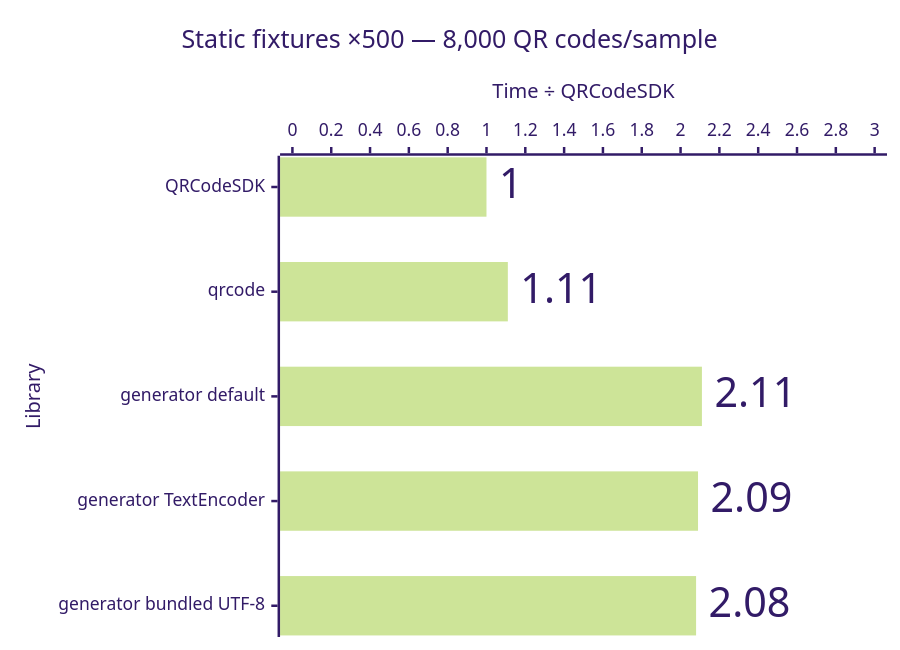
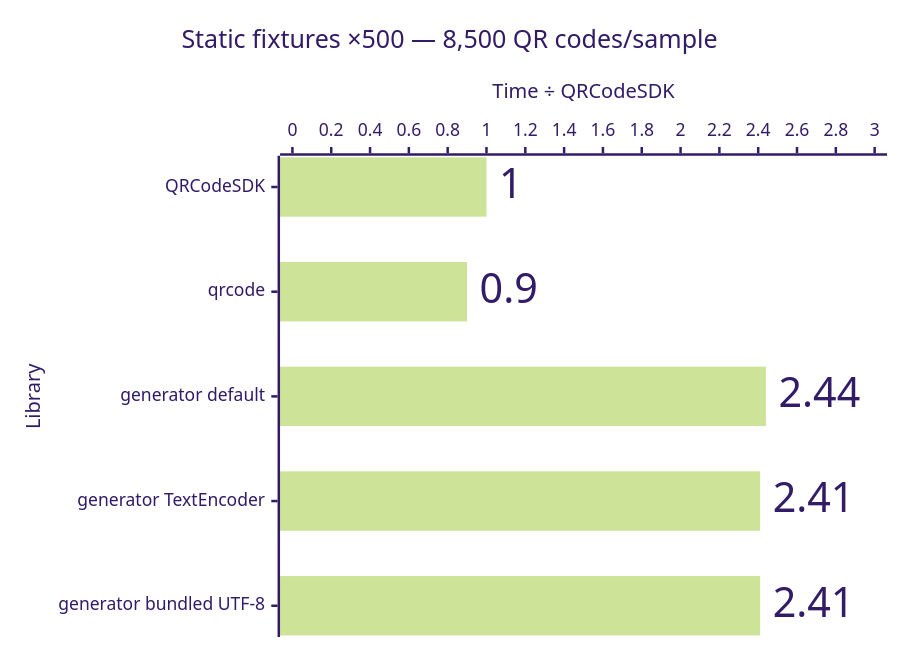
One commit to Dafnik/qrcodesdk changed the tenth of 11 diagrams in apps/docs/src/content/docs/learn/performance.md. Above: the diagram before and after it, drawn with Mermaid (forest theme). The commit also changed other lines of this file and 23 other files, not shown here.

````diff
--- a/apps/docs/src/content/docs/learn/performance.md
+++ b/apps/docs/src/content/docs/learn/performance.md
@@ -226,15 +225,15 @@
 ```mermaid
 ---
 config:
   xyChart:
     showDataLabel: true
     showDataLabelOutsideBar: true
 ---
 xychart horizontal
-  accTitle: SVG generation: Static fixtures ×500 — 8,000 QR codes/sample
-  accDescr: Relative median time compared with QRCodeSDK. QRCodeSDK 1.00 times, qrcode 1.11 times, generator default 2.11 times, generator TextEncoder 2.09 times, generator bundled UTF-8 2.08 times. Lower is better.
-  title "Static fixtures ×500 — 8,000 QR codes/sample"
+  accTitle: SVG generation: Static fixtures ×500 — 8,500 QR codes/sample
+  accDescr: Relative median time compared with QRCodeSDK. QRCodeSDK 1.00 times, qrcode 0.90 times, generator default 2.44 times, generator TextEncoder 2.41 times, generator bundled UTF-8 2.41 times. Lower is better.
+  title "Static fixtures ×500 — 8,500 QR codes/sample"
   x-axis "Library" ["QRCodeSDK", "qrcode", "generator default", "generator TextEncoder", "generator bundled UTF-8"]
   y-axis "Time ÷ QRCodeSDK" 0 --> 3.0
-  bar [1.00, 1.11, 2.11, 2.09, 2.08]
+  bar [1.00, 0.90, 2.44, 2.41, 2.41]
 ```
````
